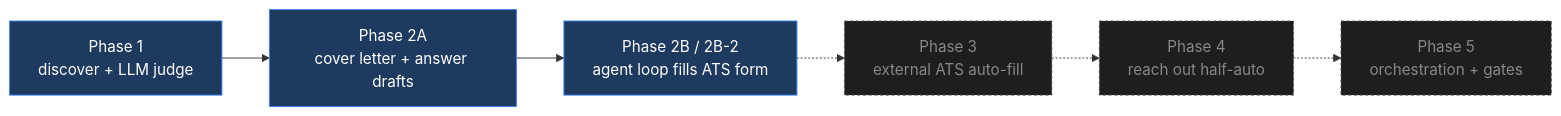
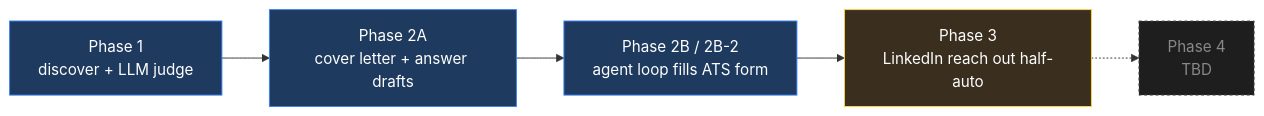
One commit to shuaiyy-ux/Personal_Web changed the diagram in content/projects/joba.md. Above: the diagram before and after it, drawn with Mermaid. The commit also changed other lines of this file and 3 other files, not shown here.

````diff
--- a/content/projects/joba.md
+++ b/content/projects/joba.md
@@ -5,12 +5,13 @@
 ```mermaid
 flowchart LR
   Discover[Phase 1<br/>discover + LLM judge] --> Helper[Phase 2A<br/>cover letter + answer drafts]
   Helper --> Agent[Phase 2B / 2B-2<br/>agent loop fills ATS form]
-  Agent -.-> ExtAts[Phase 3<br/>external ATS auto-fill]
-  ExtAts -.-> Reach[Phase 4<br/>reach out half-auto]
-  Reach -.-> Orch[Phase 5<br/>orchestration + gates]
+  Agent --> Reach[Phase 3<br/>LinkedIn reach out half-auto]
+  Reach -.-> Future[Phase 4<br/>TBD]
   classDef done fill:#1e3a5f,stroke:#3b82f6,color:#fff
+  classDef wip fill:#3a2e1e,stroke:#fcd34d,color:#fff
   classDef todo fill:#1e1e1e,stroke:#525252,color:#888,stroke-dasharray:3 3
   class Discover,Helper,Agent done
-  class ExtAts,Reach,Orch todo
+  class Reach wip
+  class Future todo
 ```
````
